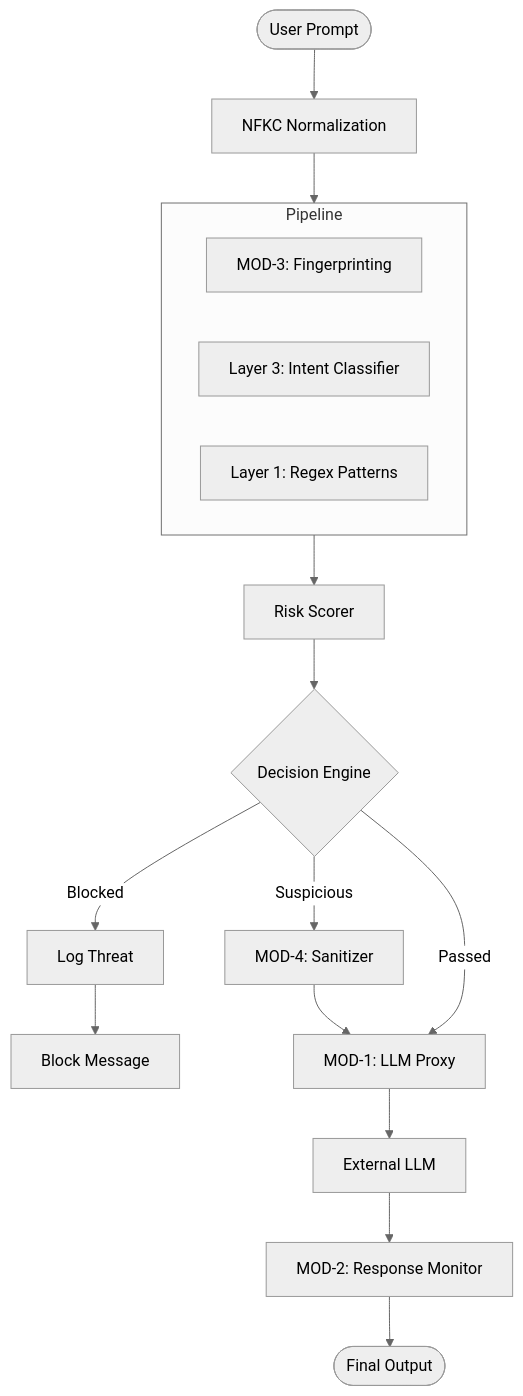
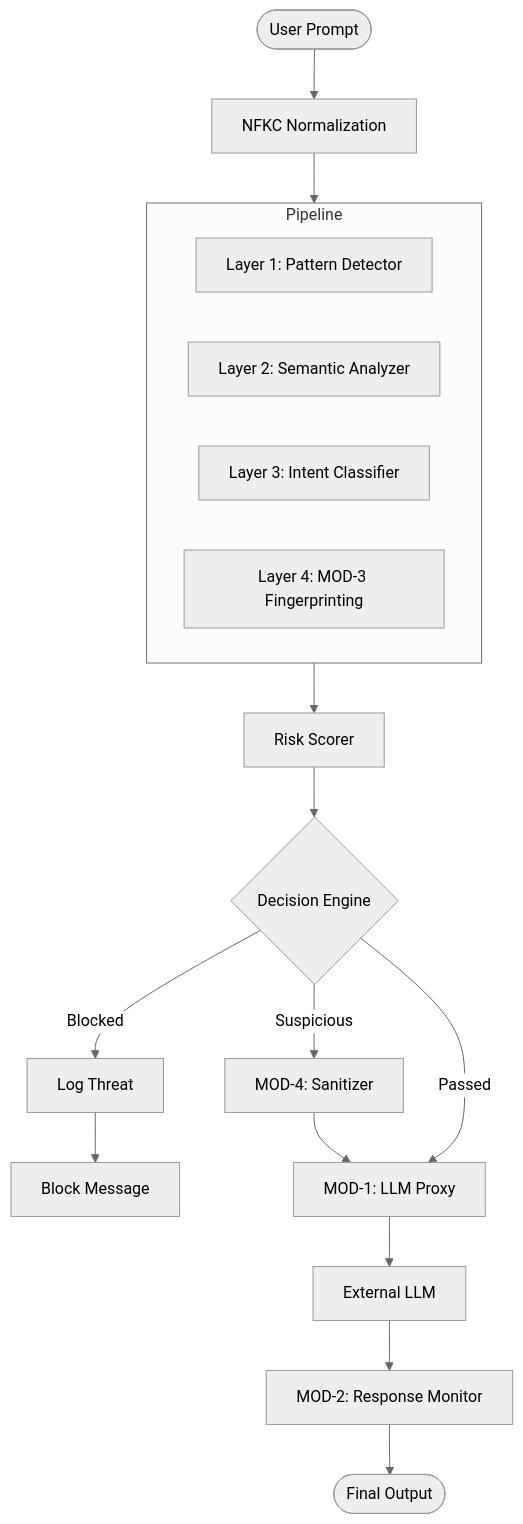
The diagram in documentation/architecture.md (Piyush-Karn/IronGuard-AI), drawn with Mermaid (neutral theme) before and after one commit. The commit also changed other lines of this file and 7 other files, not shown here.

Commit message:
feat: Implement Admin Dashboard with new API routes and comprehensive documentation for setup, architecture, and API reference.

````diff
--- a/documentation/architecture.md
+++ b/documentation/architecture.md
@@ -47,22 +45,23 @@
 ```mermaid
 graph TD
     User([User Prompt]) --> Norm[NFKC Normalization]
     Norm --> Pipeline[Parallel Detection Pipeline]
     
     subgraph Pipeline
-        MOD3[MOD-3: Fingerprinting]
+        L1[Layer 1: Pattern Detector]
+        L2[Layer 2: Semantic Analyzer]
         L3[Layer 3: Intent Classifier]
-        L1[Layer 1: Regex Patterns]
+        L4[Layer 4: MOD-3 Fingerprinting]
     end
     
     Pipeline --> Scorer[Risk Scorer]
     Scorer --> Decision{Decision Engine}
     
     Decision -- Blocked --> Log[Log Threat] --> Reject[Block Message]
     Decision -- Suspicious --> Sanitizer[MOD-4: Sanitizer] --> Proxy
     Decision -- Passed --> Proxy[MOD-1: LLM Proxy]
     
     Proxy --> LLM[External LLM]
     LLM --> Monitor[MOD-2: Response Monitor]
     Monitor --> Output([Final Output])
 ```
````
